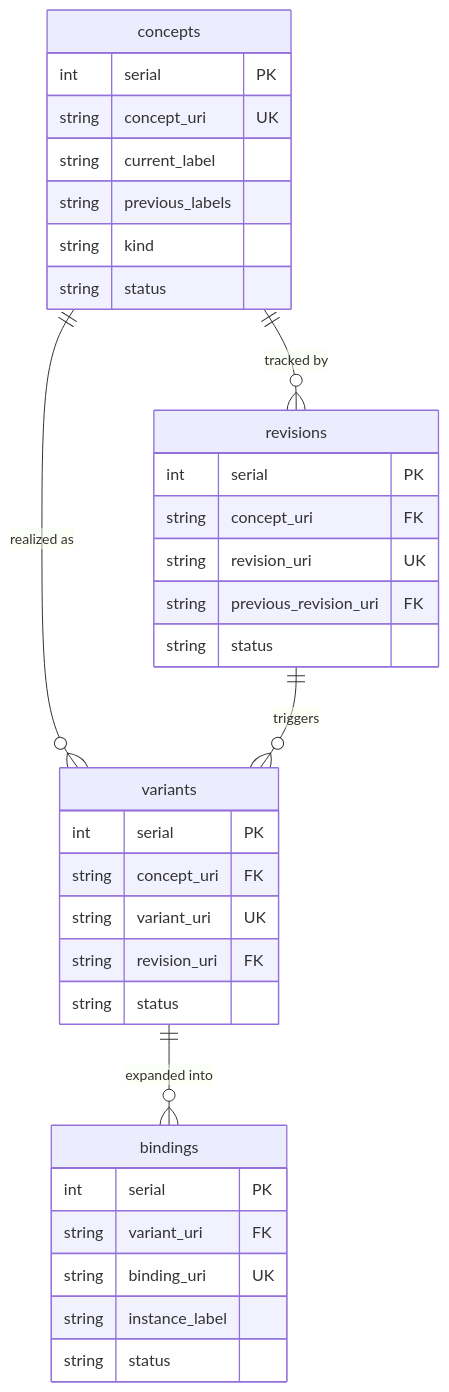
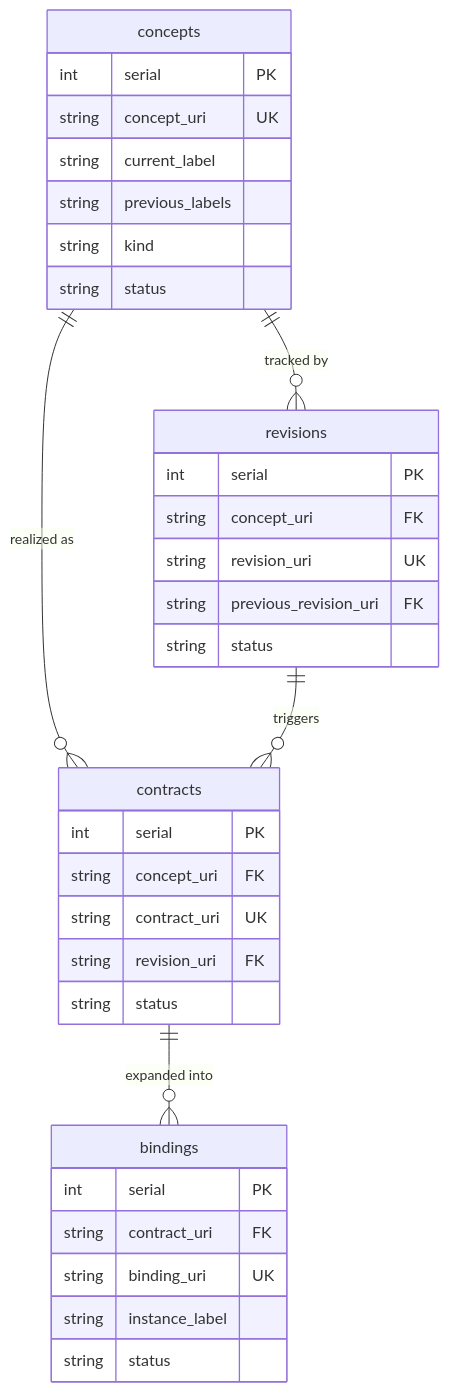
Before and after one commit to COVESA/modl: the second of 2 diagrams in README.md, drawn with Mermaid. The commit also changed other lines of this file and 9 other files, not shown here.

Commit message:
refactor: Replace VARIANT with CONTRACT

````diff
--- a/README.md
+++ b/README.md
@@ -208,37 +208,37 @@
 ```mermaid
 erDiagram
     concepts ||--o{ revisions : "tracked by"
-    concepts ||--o{ variants : "realized as"
-    revisions ||--o{ variants : "triggers"
-    variants ||--o{ bindings : "expanded into"
+    concepts ||--o{ contracts : "realized as"
+    revisions ||--o{ contracts : "triggers"
+    contracts ||--o{ bindings : "expanded into"
 
     concepts {
         int serial PK
         string concept_uri UK
         string current_label
         string previous_labels
         string kind
         string status
     }
     revisions {
         int serial PK
         string concept_uri FK
         string revision_uri UK
         string previous_revision_uri FK
         string status
     }
-    variants {
+    contracts {
         int serial PK
         string concept_uri FK
-        string variant_uri UK
+        string contract_uri UK
         string revision_uri FK
         string status
     }
     bindings {
         int serial PK
-        string variant_uri FK
+        string contract_uri FK
         string binding_uri UK
         string instance_label
         string status
     }
 ```
````
